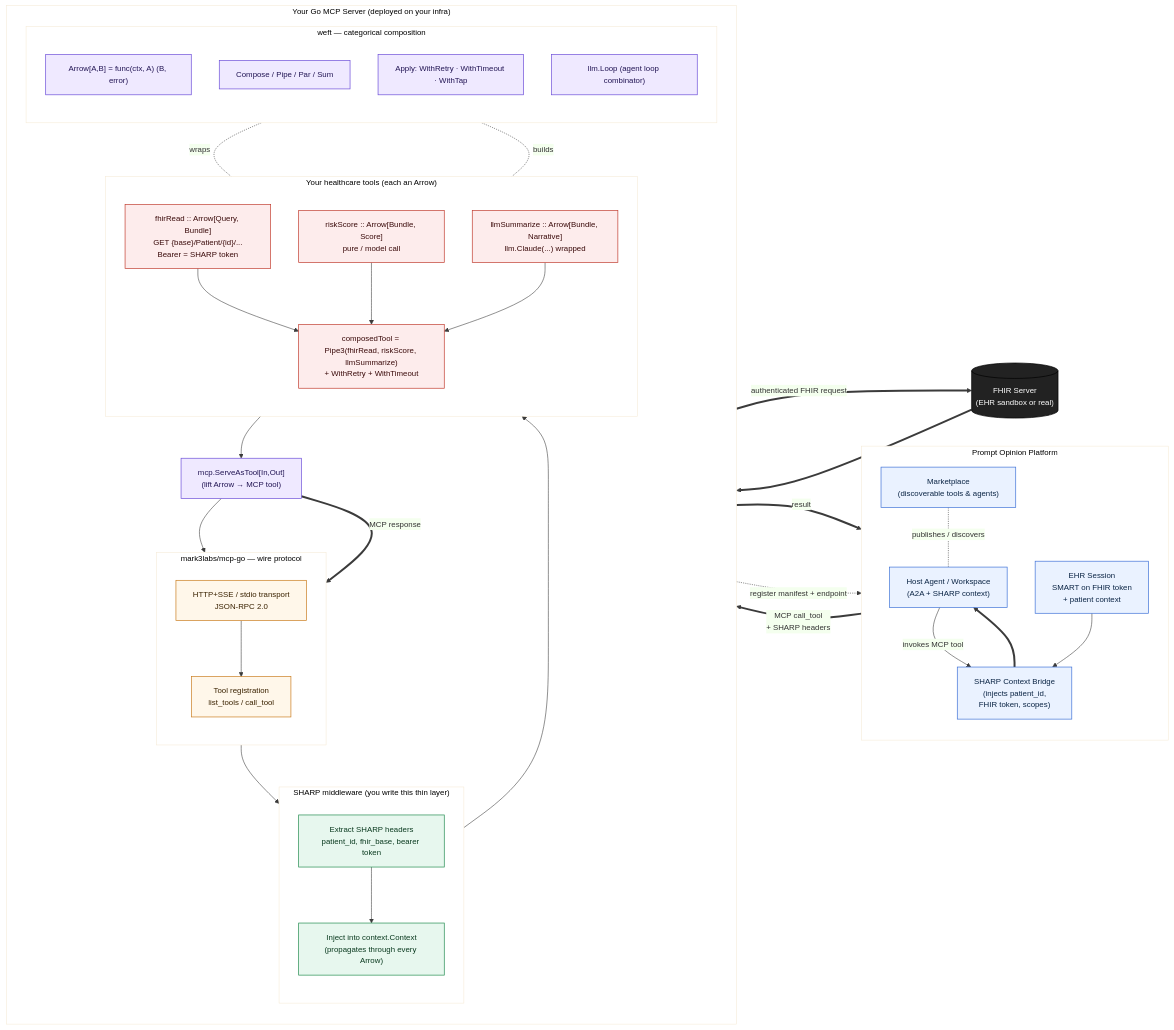
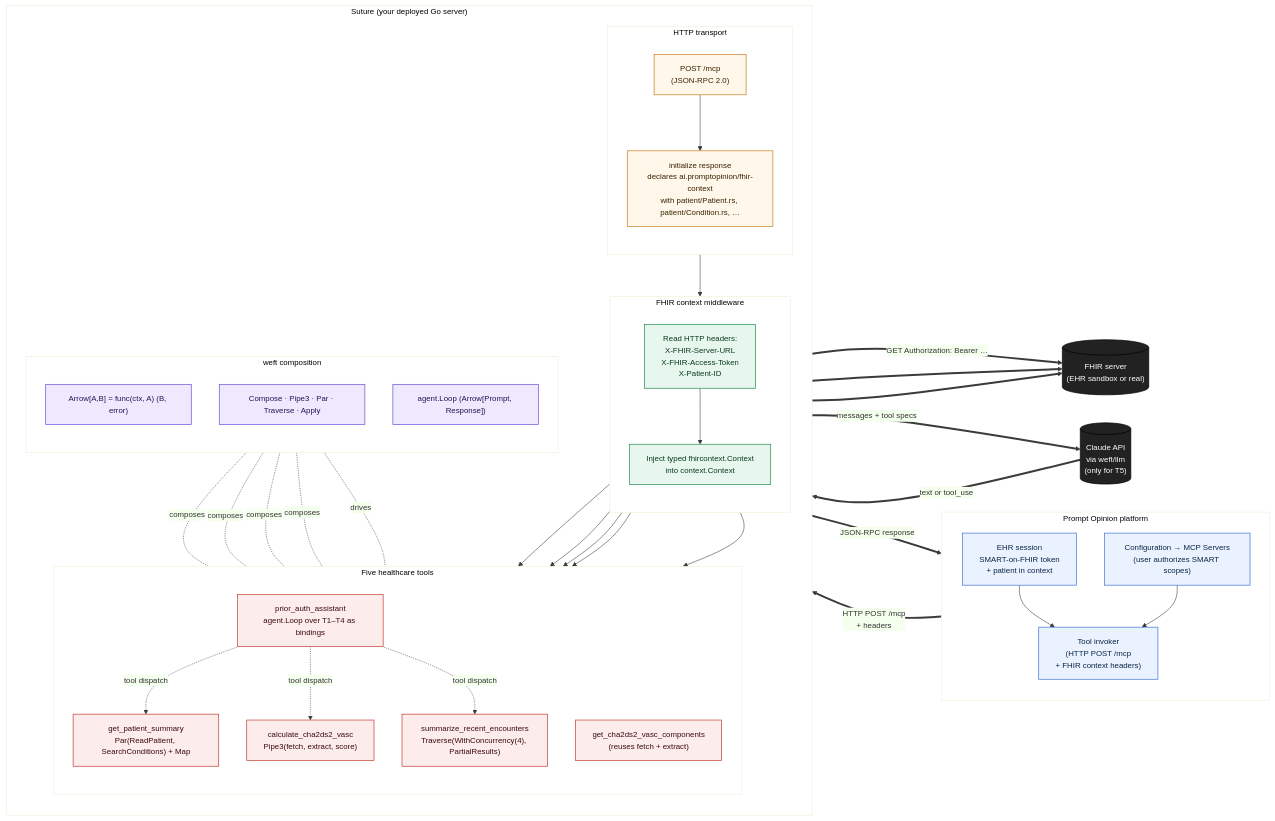
One commit to vinodhalaharvi/suture changed the diagram in docs/architecture.mmd. Above: the diagram before and after it, drawn with Mermaid. The commit also changed 28 other files, not shown here.

First line of the commit message:
Path A: HTTP MCP transport + Prompt Opinion FHIR context spec compliance

```diff
--- a/docs/architecture.mmd
+++ b/docs/architecture.mmd
@@ -1,101 +1,85 @@
 %%{init: {'theme':'base','themeVariables':{'fontFamily':'Helvetica, Arial, sans-serif','primaryColor':'#eef4ff','primaryBorderColor':'#3b6fd6','lineColor':'#3b3b3b','fontSize':'14px'}}}%%
 flowchart LR
 
-%% =======================
-%% PROMPT OPINION PLATFORM
-%% =======================
-subgraph PO["Prompt Opinion Platform"]
+subgraph PO["Prompt Opinion platform"]
   direction TB
-  POMarket["Marketplace<br/>(discoverable tools & agents)"]
-  POAgent["Host Agent / Workspace<br/>(A2A + SHARP context)"]
-  POEHR["EHR Session<br/>SMART on FHIR token<br/>+ patient context"]
-  POAgent -- "invokes MCP tool" --> POBridge["SHARP Context Bridge<br/>(injects patient_id,<br/>FHIR token, scopes)"]
-  POEHR --> POBridge
-  POMarket -. "publishes / discovers" .- POAgent
+  POEHR["EHR session<br/>SMART-on-FHIR token<br/>+ patient in context"]
+  POAdmin["Configuration → MCP Servers<br/>(user authorizes SMART scopes)"]
+  POInvoker["Tool invoker<br/>(HTTP POST /mcp<br/>+ FHIR context headers)"]
+  POEHR --> POInvoker
+  POAdmin --> POInvoker
 end
 
-%% =======================
-%% YOUR GO MCP SERVER
-%% =======================
-subgraph GO["Your Go MCP Server (deployed on your infra)"]
+subgraph SUT["Suture (your deployed Go server)"]
   direction TB
 
-  subgraph TRANS["mark3labs/mcp-go — wire protocol"]
+  subgraph HTTP_LAYER["HTTP transport"]
     direction TB
-    Transport["HTTP+SSE / stdio transport<br/>JSON-RPC 2.0"]
-    Handlers["Tool registration<br/>list_tools / call_tool"]
+    HTTPHandler["POST /mcp<br/>(JSON-RPC 2.0)"]
+    InitResp["initialize response<br/>declares ai.promptopinion/fhir-context<br/>with patient/Patient.rs, patient/Condition.rs, …"]
+    HTTPHandler --> InitResp
   end
 
-  subgraph WEFT["weft — categorical composition"]
+  subgraph CONTEXT_LAYER["FHIR context middleware"]
+    direction TB
+    HeaderExtract["Read HTTP headers:<br/>X-FHIR-Server-URL<br/>X-FHIR-Access-Token<br/>X-Patient-ID"]
+    CtxInject["Inject typed fhircontext.Context<br/>into context.Context"]
+    HeaderExtract --> CtxInject
+  end
+
+  subgraph WEFT_LAYER["weft composition"]
     direction TB
     ArrowType["Arrow[A,B] = func(ctx, A) (B, error)"]
-    Compose["Compose / Pipe / Par / Sum"]
-    Apply["Apply: WithRetry · WithTimeout · WithTap"]
-    Loop["llm.Loop (agent loop combinator)"]
+    Combinators["Compose · Pipe3 · Par · Traverse · Apply"]
+    Loop["agent.Loop (Arrow[Prompt, Response])"]
   end
 
-  subgraph SHARPMW["SHARP middleware (you write this thin layer)"]
+  subgraph TOOL_LAYER["Five healthcare tools"]
     direction TB
-    CtxExtract["Extract SHARP headers<br/>patient_id, fhir_base, bearer token"]
-    CtxInject["Inject into context.Context<br/>(propagates through every Arrow)"]
-    CtxExtract --> CtxInject
+    T1["get_patient_summary<br/>Par(ReadPatient, SearchConditions) + Map"]
+    T2["calculate_cha2ds2_vasc<br/>Pipe3(fetch, extract, score)"]
+    T3["get_cha2ds2_vasc_components<br/>(reuses fetch + extract)"]
+    T4["summarize_recent_encounters<br/>Traverse(WithConcurrency(4), PartialResults)"]
+    T5["prior_auth_assistant<br/>agent.Loop over T1–T4 as bindings"]
   end
 
-  subgraph TOOLS["Your healthcare tools (each an Arrow)"]
-    direction TB
-    T1["fhirRead :: Arrow[Query, Bundle]<br/>GET {base}/Patient/{id}/...<br/>Bearer = SHARP token"]
-    T2["riskScore :: Arrow[Bundle, Score]<br/>pure / model call"]
-    T3["llmSummarize :: Arrow[Bundle, Narrative]<br/>llm.Claude(...) wrapped"]
-    Composed["composedTool = Pipe3(fhirRead, riskScore, llmSummarize)<br/>+ WithRetry + WithTimeout"]
-    T1 --> Composed
-    T2 --> Composed
-    T3 --> Composed
-  end
-
-  ServeAsTool["mcp.ServeAsTool[In,Out]<br/>(lift Arrow → MCP tool)"]
-
-  Handlers --> CtxExtract
-  CtxInject --> Composed
-  Composed --> ServeAsTool
-  ServeAsTool --> Handlers
-  Apply -. wraps .- Composed
-  Compose -. builds .- Composed
+  HTTPHandler --> HeaderExtract
+  CtxInject --> T1
+  CtxInject --> T2
+  CtxInject --> T3
+  CtxInject --> T4
+  CtxInject --> T5
+  Combinators -. composes .- T1
+  Combinators -. composes .- T2
+  Combinators -. composes .- T3
+  Combinators -. composes .- T4
+  Loop -. drives .- T5
 end
 
-%% =======================
-%% EXTERNAL FHIR
-%% =======================
-FHIR[("FHIR Server<br/>(EHR sandbox or real)")]
+FHIR[("FHIR server<br/>(EHR sandbox or real)")]
+LLM[("Claude API<br/>via weft/llm<br/>(only for T5)")]
 
-%% =======================
-%% FLOWS
-%% =======================
-POBridge ==> |"MCP call_tool<br/>+ SHARP headers"| Transport
-Transport --> Handlers
-T1 ==> |"authenticated FHIR request"| FHIR
-FHIR ==> T1
-ServeAsTool ==> |"MCP response"| Transport
-Transport ==> |"result"| POBridge
-POBridge ==> POAgent
+POInvoker ==> |"HTTP POST /mcp<br/>+ headers"| HTTPHandler
+T1 ==> |"GET Authorization: Bearer …"| FHIR
+T2 ==> FHIR
+T4 ==> FHIR
+T5 -.-> |"tool dispatch"| T1
+T5 -.-> |"tool dispatch"| T2
+T5 -.-> |"tool dispatch"| T4
+T5 ==> |"messages + tool specs"| LLM
+LLM ==> |"text or tool_use"| T5
+HTTPHandler ==> |"JSON-RPC response"| POInvoker
 
-%% =======================
-%% PUBLISHING PATH
-%% =======================
-GO -. "register manifest + endpoint" .-> POMarket
+classDef po fill:#eaf2ff,stroke:#3b6fd6,color:#0b2545,stroke-width:1.2px
+classDef http fill:#fff7ea,stroke:#c97a1b,color:#3a2200,stroke-width:1.2px
+classDef ctx fill:#e7f7ee,stroke:#1f8a4c,color:#0a3a1f,stroke-width:1.2px
+classDef weft fill:#efe9ff,stroke:#6a4bd8,color:#221554,stroke-width:1.2px
+classDef tools fill:#fdecec,stroke:#c0392b,color:#3a0a0a,stroke-width:1.2px
+classDef ext fill:#222,stroke:#000,color:#fff,stroke-width:1.2px
 
-%% =======================
-%% STYLES
-%% =======================
-classDef po fill:#eaf2ff,stroke:#3b6fd6,color:#0b2545,stroke-width:1.2px
-classDef go fill:#fff7ea,stroke:#c97a1b,color:#3a2200,stroke-width:1.2px
-classDef weft fill:#efe9ff,stroke:#6a4bd8,color:#221554,stroke-width:1.2px
-classDef sharp fill:#e7f7ee,stroke:#1f8a4c,color:#0a3a1f,stroke-width:1.2px
-classDef tools fill:#fdecec,stroke:#c0392b,color:#3a0a0a,stroke-width:1.2px
-classDef fhir fill:#222,stroke:#000,color:#fff,stroke-width:1.2px
-
-class POMarket,POAgent,POEHR,POBridge po
-class Transport,Handlers go
-class ArrowType,Compose,Apply,Loop,ServeAsTool weft
-class CtxExtract,CtxInject sharp
-class T1,T2,T3,Composed tools
-class FHIR fhir
+class POEHR,POAdmin,POInvoker po
+class HTTPHandler,InitResp http
+class HeaderExtract,CtxInject ctx
+class ArrowType,Combinators,Loop weft
+class T1,T2,T3,T4,T5 tools
+class FHIR,LLM ext
```
